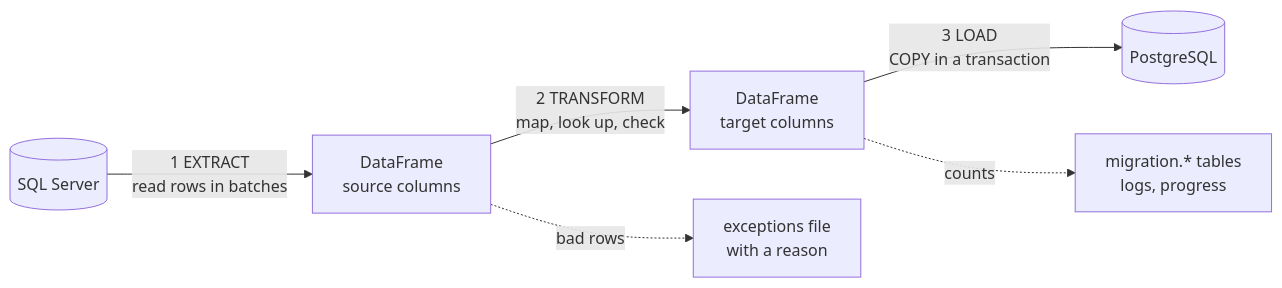
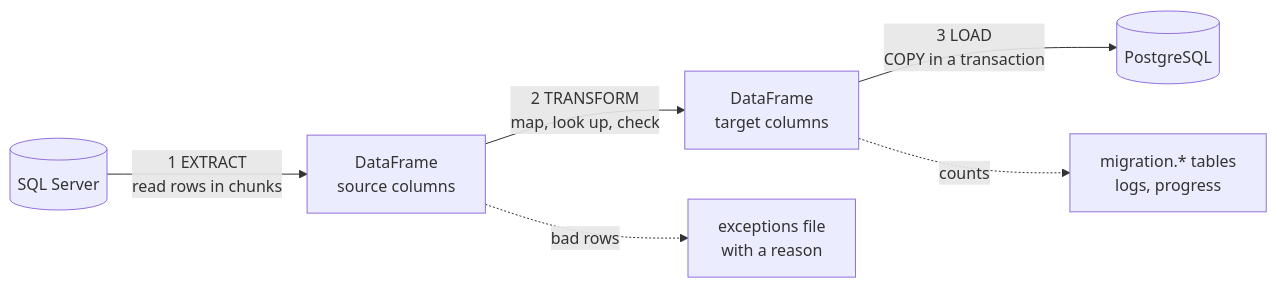
The first of 3 diagrams in README.md (yaswanth-amit/PG_Migration), drawn with Mermaid before and after one commit. The commit also changed other lines of this file and 8 other files, not shown here.

````diff
--- a/README.md
+++ b/README.md
@@ -16,8 +16,8 @@
 ```mermaid
 flowchart LR
-    A[("SQL Server")] -->|"1 EXTRACT<br/>read rows in batches"| B["DataFrame<br/>source columns"]
+    A[("SQL Server")] -->|"1 EXTRACT<br/>read rows in chunks"| B["DataFrame<br/>source columns"]
     B -->|"2 TRANSFORM<br/>map, look up, check"| C["DataFrame<br/>target columns"]
     C -->|"3 LOAD<br/>COPY in a transaction"| D[("PostgreSQL")]
     B -. "bad rows" .-> E["exceptions file<br/>with a reason"]
     C -. "counts" .-> F["migration.* tables<br/>logs, progress"]
 ```
````
